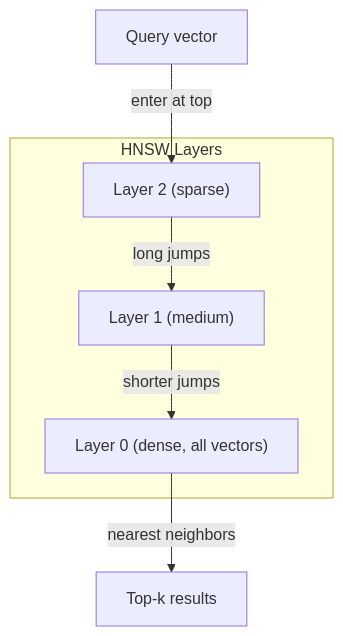
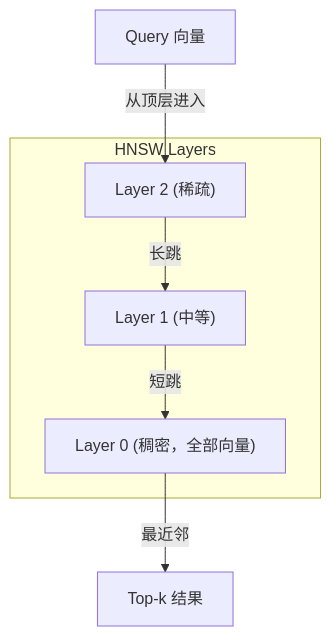
Before and after one commit to JerryC8080/ai-engineering-from-scratch-zh: the second of 3 diagrams in phases/11-llm-engineering/04-embeddings/docs/zh.md, drawn with Mermaid. The commit also changed other lines of this file and 156 other files, not shown here.

First line of the commit message:
i18n(zh): translate mermaid diagram labels in 157 lesson zh.md

````diff
--- a/phases/11-llm-engineering/04-embeddings/docs/zh.md
+++ b/phases/11-llm-engineering/04-embeddings/docs/zh.md
@@ -143,10 +143,10 @@
 ```mermaid
 graph TD
     subgraph "HNSW Layers"
-        L2["Layer 2 (sparse)"] -->|"long jumps"| L1["Layer 1 (medium)"]
-        L1 -->|"shorter jumps"| L0["Layer 0 (dense, all vectors)"]
+        L2["Layer 2 (稀疏)"] -->|"长跳"| L1["Layer 1 (中等)"]
+        L1 -->|"短跳"| L0["Layer 0 (稠密，全部向量)"]
     end
 
-    Q["Query vector"] -->|"enter at top"| L2
-    L0 -->|"nearest neighbors"| R["Top-k results"]
+    Q["Query 向量"] -->|"从顶层进入"| L2
+    L0 -->|"最近邻"| R["Top-k 结果"]
 ```
````
